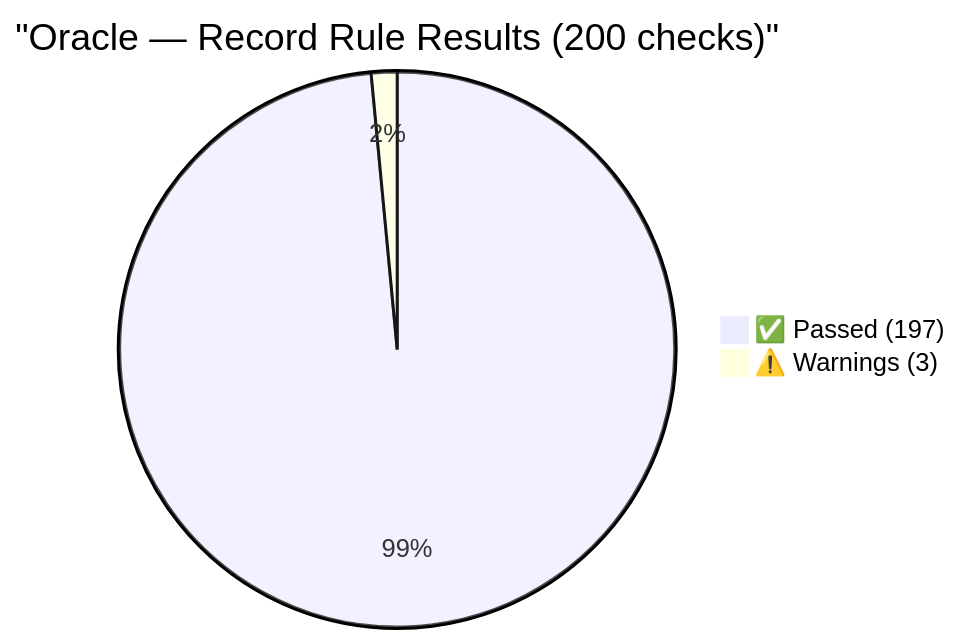
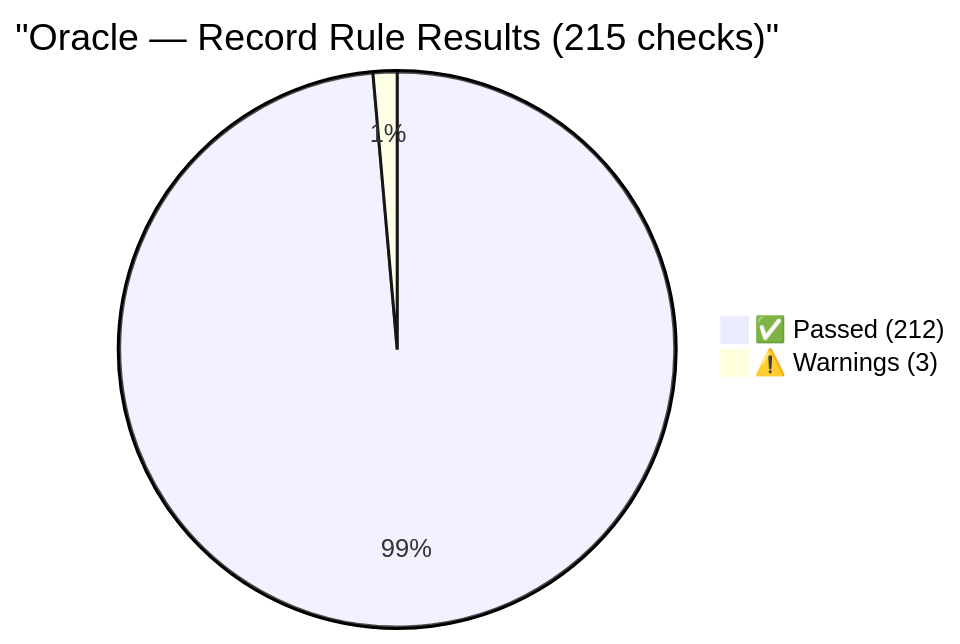
Before and after one commit to Vulnetix/ietf-crit-spec: the eighth of 8 diagrams in tests/reports/crit-test-report.md, drawn with Mermaid. The commit also changed other lines of this file and 14 other files, not shown here.

````diff
--- a/tests/reports/crit-test-report.md
+++ b/tests/reports/crit-test-report.md
@@ -515,5 +530,5 @@
 ```mermaid
-pie title "Oracle — Record Rule Results (200 checks)"
-    "✅ Passed (197)" : 197
+pie title "Oracle — Record Rule Results (215 checks)"
+    "✅ Passed (212)" : 212
     "⚠️ Warnings (3)" : 3
 ```
````
